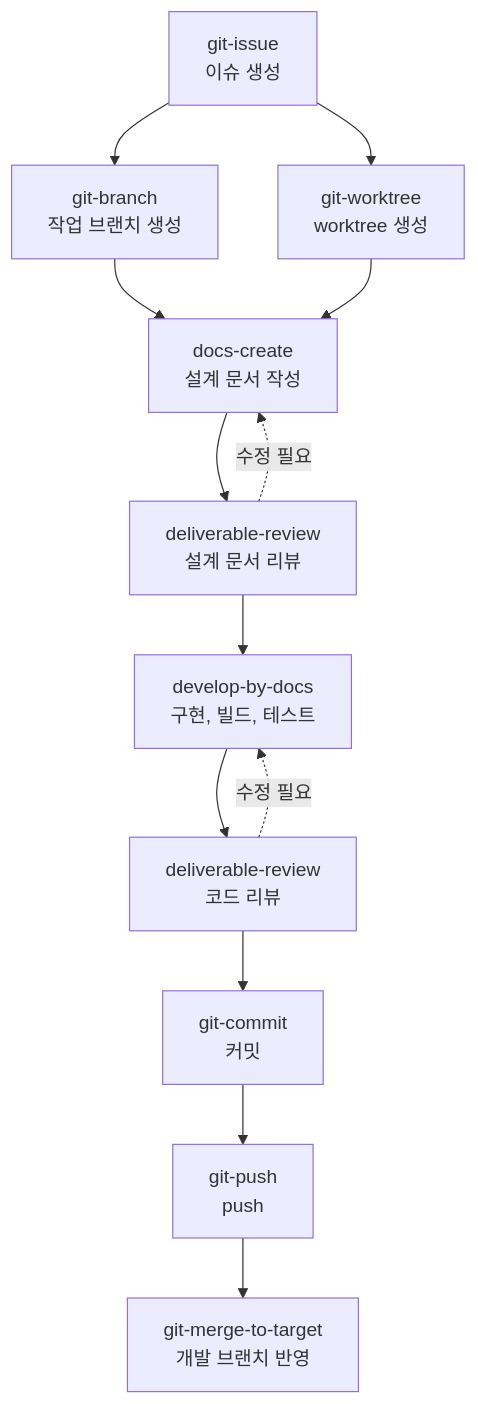
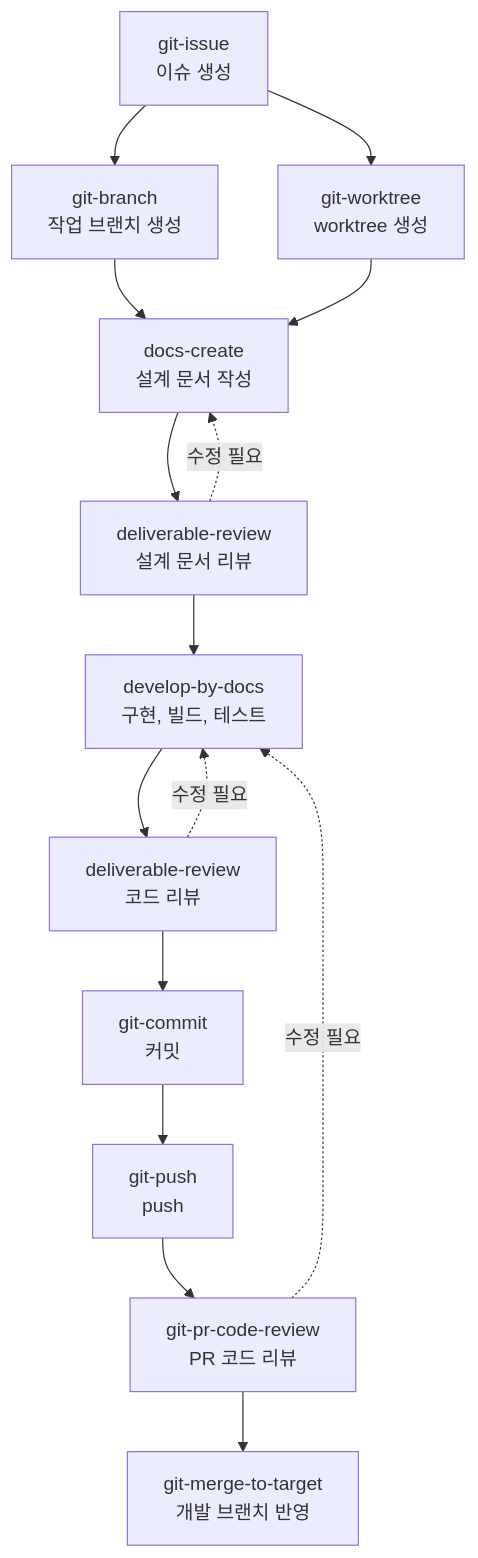
The diagram in README.md (lgm1007/ai-agent-toolkit), drawn with Mermaid before and after one commit. The commit also changed other lines of this file, not shown here.

First line of the commit message:
docs: README에 git-pr-code-review 스킬 안내 추가

````diff
--- a/README.md
+++ b/README.md
@@ -51,15 +52,17 @@
 ```mermaid
 flowchart TD
     issue["git-issue<br/>이슈 생성"] --> branch["git-branch<br/>작업 브랜치 생성"]
     issue --> worktree["git-worktree<br/>worktree 생성"]
     branch --> design["docs-create<br/>설계 문서 작성"]
     worktree --> design
     design --> designReview["deliverable-review<br/>설계 문서 리뷰"]
     designReview -. 수정 필요 .-> design
     designReview --> develop["develop-by-docs<br/>구현, 빌드, 테스트"]
     develop --> codeReview["deliverable-review<br/>코드 리뷰"]
     codeReview -. 수정 필요 .-> develop
     codeReview --> commit["git-commit<br/>커밋"]
     commit --> push["git-push<br/>push"]
-    push --> merge["git-merge-to-target<br/>개발 브랜치 반영"]
+    push --> prReview["git-pr-code-review<br/>PR 코드 리뷰"]
+    prReview -. 수정 필요 .-> develop
+    prReview --> merge["git-merge-to-target<br/>개발 브랜치 반영"]
 ```
````
